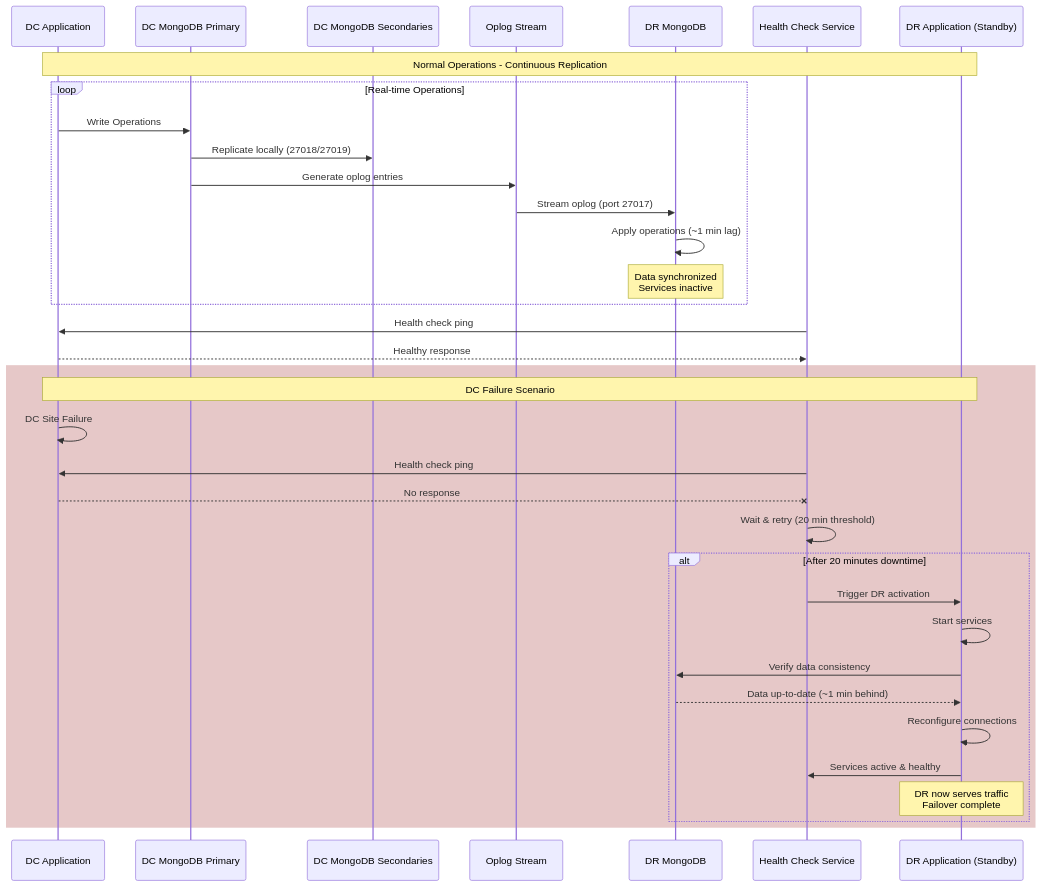
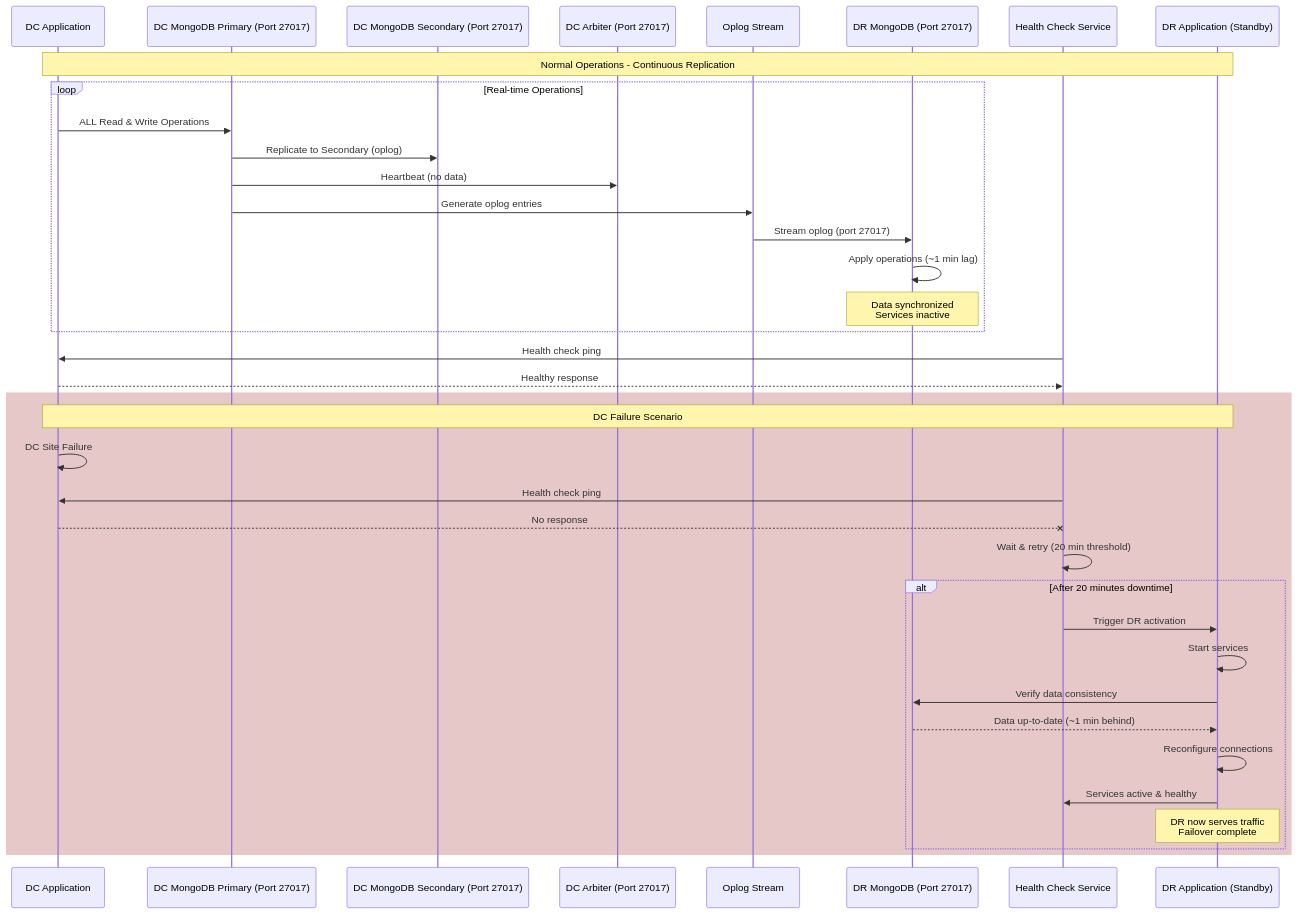
Before and after one commit to Vishwa0220/customers-docs: the fourth of 12 diagrams in HA_DR_Architecture_Documentation_dt.md, drawn with Mermaid. The commit also changed other lines of this file, not shown here.

````diff
--- a/HA_DR_Architecture_Documentation_dt.md
+++ b/HA_DR_Architecture_Documentation_dt.md
@@ -229,43 +232,45 @@
 ```mermaid
 sequenceDiagram
     participant DC_APP as DC Application
-    participant DC_PRIMARY as DC MongoDB Primary
-    participant DC_SEC as DC MongoDB Secondaries
+    participant DC_PRIMARY as DC MongoDB Primary (Port 27017)
+    participant DC_SEC as DC MongoDB Secondary (Port 27017)
+    participant DC_ARB as DC Arbiter (Port 27017)
     participant OPLOG as Oplog Stream
-    participant DR_MONGO as DR MongoDB
+    participant DR_MONGO as DR MongoDB (Port 27017)
     participant HEALTH as Health Check Service
     participant DR_APP as DR Application (Standby)
     
     Note over DC_APP,DR_APP: Normal Operations - Continuous Replication
     
     loop Real-time Operations
-        DC_APP->>DC_PRIMARY: Write Operations
-        DC_PRIMARY->>DC_SEC: Replicate locally (27018/27019)
+        DC_APP->>DC_PRIMARY: ALL Read & Write Operations
+        DC_PRIMARY->>DC_SEC: Replicate to Secondary (oplog)
+        DC_PRIMARY->>DC_ARB: Heartbeat (no data)
         DC_PRIMARY->>OPLOG: Generate oplog entries
         OPLOG->>DR_MONGO: Stream oplog (port 27017)
         DR_MONGO->>DR_MONGO: Apply operations (~1 min lag)
         Note over DR_MONGO: Data synchronized<br/>Services inactive
     end
     
     HEALTH->>DC_APP: Health check ping
     DC_APP-->>HEALTH: Healthy response
     
     rect rgb(230, 200, 200)
         Note over DC_APP,DR_APP: DC Failure Scenario
         DC_APP->>DC_APP: DC Site Failure
         
         HEALTH->>DC_APP: Health check ping
         DC_APP--xHEALTH: No response
         HEALTH->>HEALTH: Wait & retry (20 min threshold)
         
         alt After 20 minutes downtime
             HEALTH->>DR_APP: Trigger DR activation
             DR_APP->>DR_APP: Start services
             DR_APP->>DR_MONGO: Verify data consistency
             DR_MONGO-->>DR_APP: Data up-to-date (~1 min behind)
             DR_APP->>DR_APP: Reconfigure connections
             DR_APP->>HEALTH: Services active & healthy
             Note over DR_APP: DR now serves traffic<br/>Failover complete
         end
     end
 ```
````
